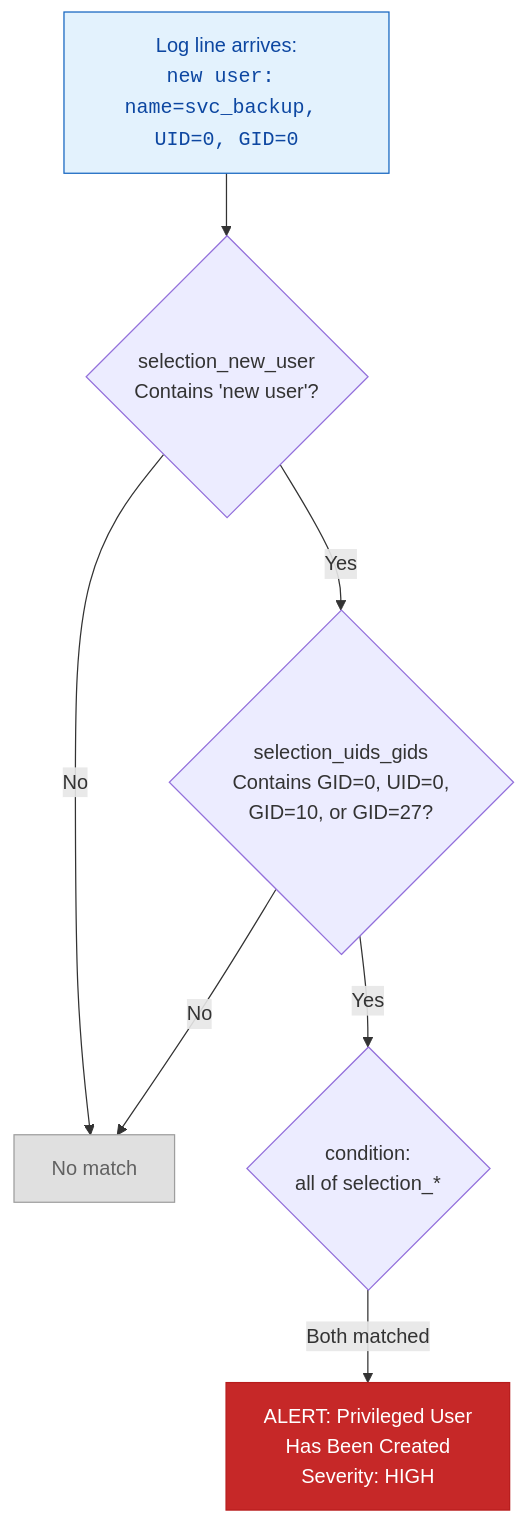
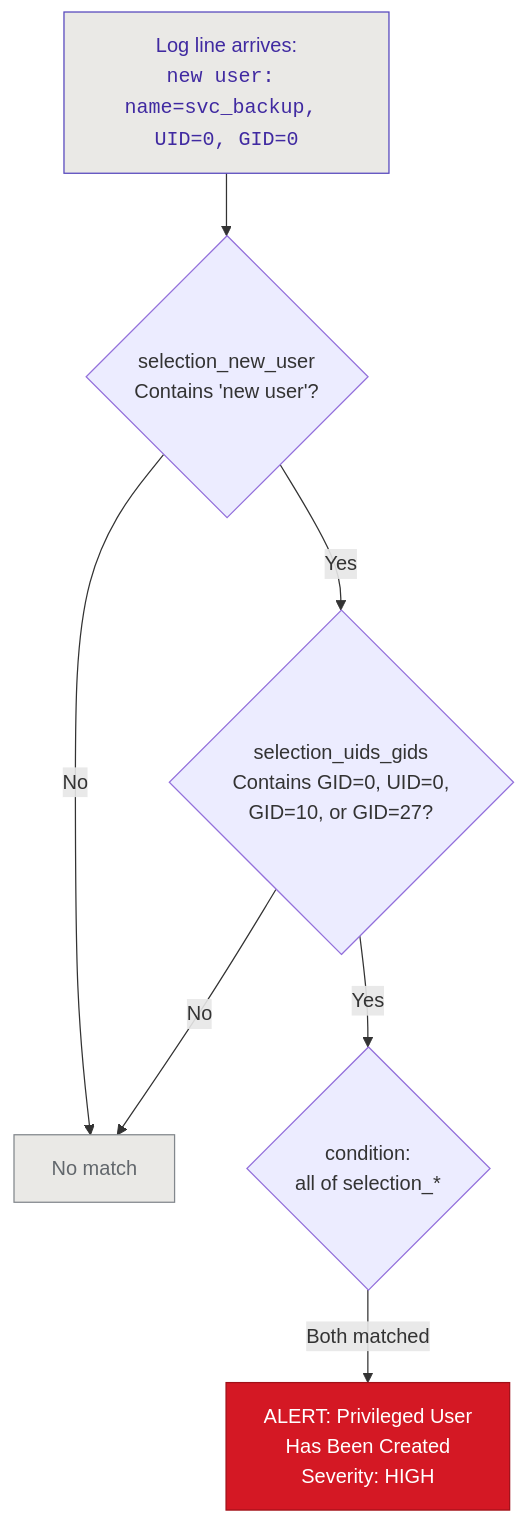
One commit to seerflow/seerflow-guide changed the diagram in docs/security-primer/sigma-rules.md. Above: the diagram before and after it, drawn with Mermaid. The commit also changed 9 other files, not shown here.

First line of the commit message:
fix(brand): recolor mermaid diagrams to brand palette

````diff
--- a/docs/security-primer/sigma-rules.md
+++ b/docs/security-primer/sigma-rules.md
@@ -122,14 +122,14 @@
 ```mermaid
 graph TD
     L["Log line arrives:<br/><code>new user: name=svc_backup, UID=0, GID=0</code>"]:::input
     L --> S1{"selection_new_user<br/>Contains 'new user'?"}
     S1 -->|Yes| S2{"selection_uids_gids<br/>Contains GID=0, UID=0,<br/>GID=10, or GID=27?"}
     S1 -->|No| NM[No match]:::skip
     S2 -->|Yes| C{"condition:<br/>all of selection_*"}
     S2 -->|No| NM
     C -->|Both matched| A["ALERT: Privileged User<br/>Has Been Created<br/>Severity: HIGH"]:::alert
 
-    classDef input fill:#e3f2fd,stroke:#1565c0,color:#0d47a1
-    classDef alert fill:#c62828,stroke:#b71c1c,color:#fff
-    classDef skip fill:#e0e0e0,stroke:#9e9e9e,color:#616161
+    classDef input fill:#eae9e6,stroke:#5546bd,color:#402aa1
+    classDef alert fill:#d41824,stroke:#a01018,color:#fff
+    classDef skip fill:#eae9e6,stroke:#82878c,color:#62676c
 ```
````
